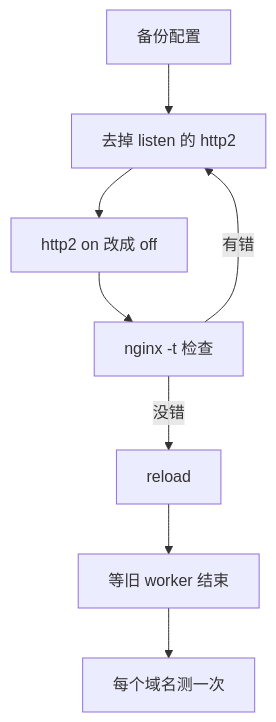
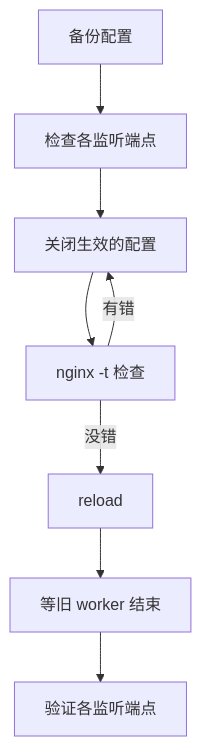
Before and after one commit to justmaocom/justmaocom.github.io: the second of 2 diagrams in _posts/zh-CN/2026-11-23-nginx-http2-cve-2026-123007.md, drawn with Mermaid. The commit also changed other lines of this file and 2 other files, not shown here.

Commit message:
docs(posts): 改善 nginx HTTP/2 漏洞文章的敘述與銜接

````diff
--- a/_posts/zh-CN/2026-11-23-nginx-http2-cve-2026-123007.md
+++ b/_posts/zh-CN/2026-11-23-nginx-http2-cve-2026-123007.md
@@ -236,10 +255,10 @@
 ```mermaid
 flowchart TD
-  A[备份配置] --> B["去掉 listen 的 http2"]
-  B --> C["http2 on 改成 off"]
+  A[备份配置] --> B[检查各监听端点]
+  B --> C[关闭生效的配置]
   C --> D["nginx -t 检查"]
-  D -->|有错| B
+  D -->|有错| C
   D -->|没错| E[reload]
   E --> F[等旧 worker 结束]
-  F --> G[每个域名测一次]
+  F --> G[验证各监听端点]
 ```
````
